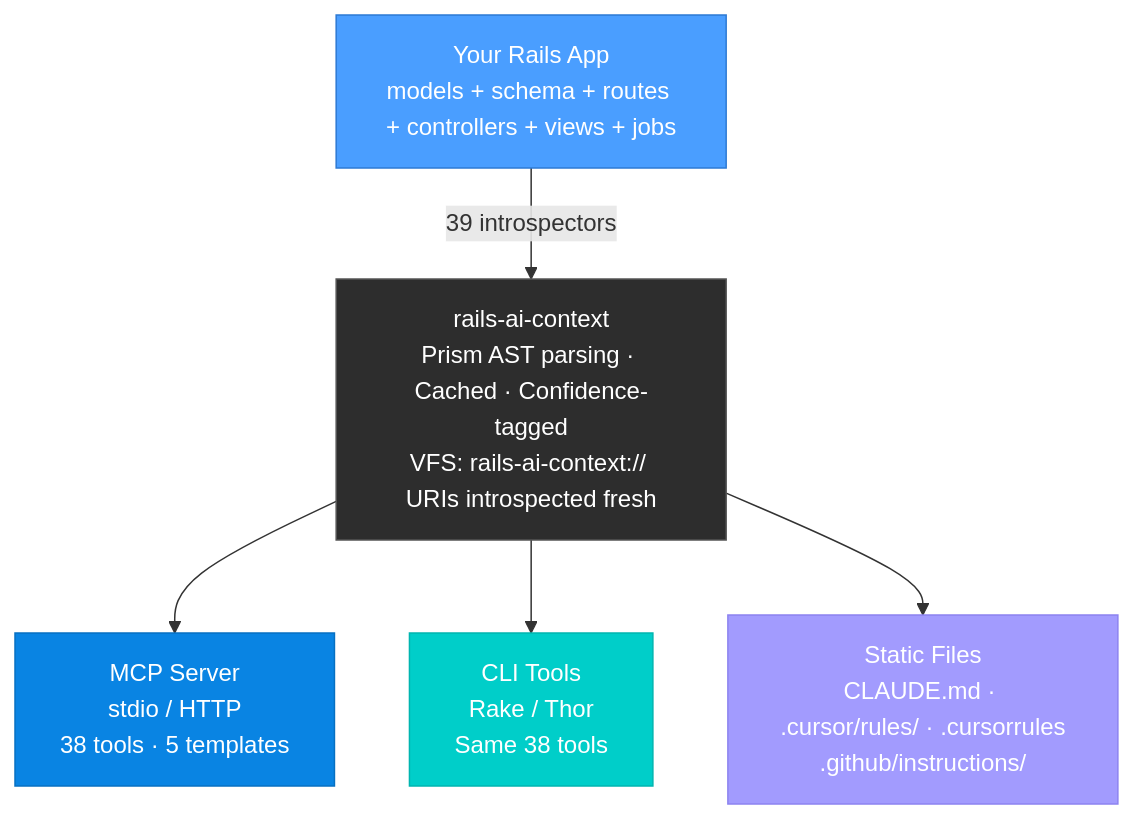
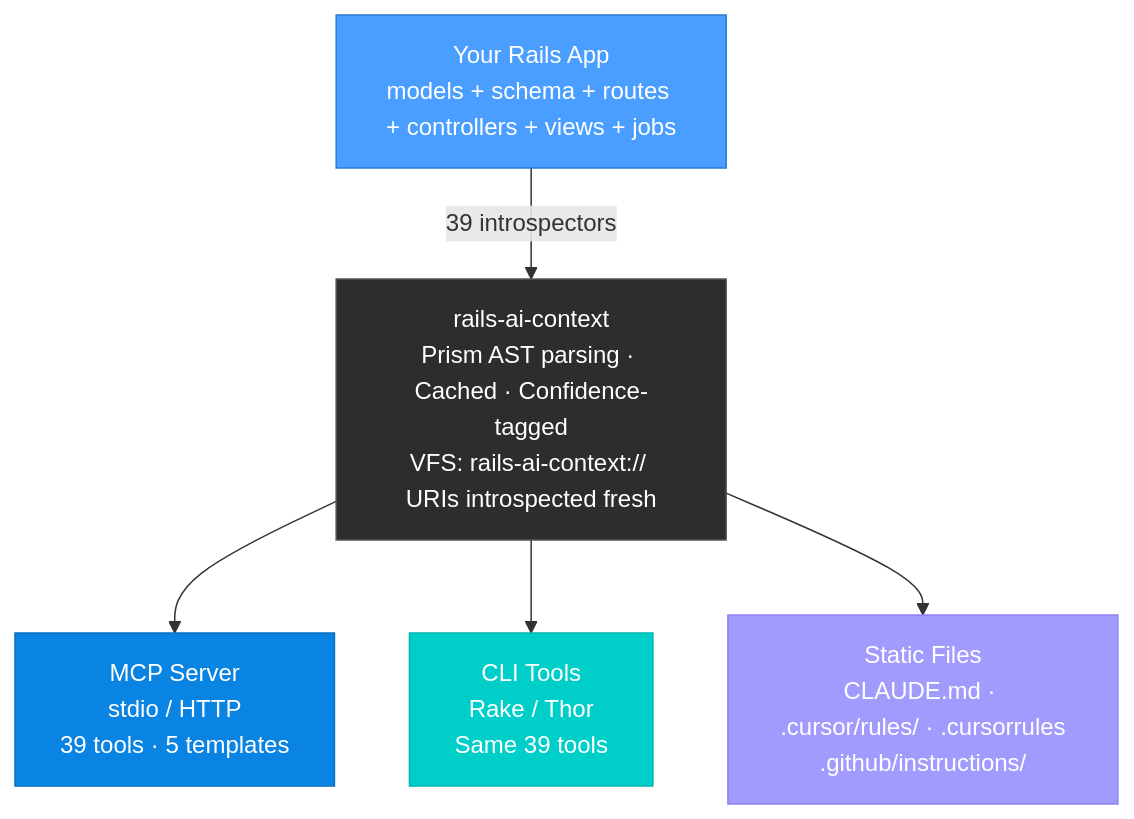
One commit to crisnahine/rails-ai-context changed the diagram in README.md. Above: the diagram before and after it, drawn with Mermaid. The commit also changed other lines of this file and 6 other files, not shown here.

````diff
--- a/README.md
+++ b/README.md
@@ -398,16 +398,16 @@
 ```mermaid
 graph TD
     A["Your Rails App\nmodels + schema + routes + controllers + views + jobs"] -->|"39 introspectors"| B
 
     B["rails-ai-context\nPrism AST parsing · Cached · Confidence-tagged\nVFS: rails-ai-context:// URIs introspected fresh"]
 
-    B --> C["MCP Server\nstdio / HTTP\n38 tools · 5 templates"]
-    B --> D["CLI Tools\nRake / Thor\nSame 38 tools"]
+    B --> C["MCP Server\nstdio / HTTP\n39 tools · 5 templates"]
+    B --> D["CLI Tools\nRake / Thor\nSame 39 tools"]
     B --> E["Static Files\nCLAUDE.md · .cursor/rules/ · .cursorrules\n.github/instructions/"]
 
     style A fill:#4a9eff,stroke:#2d7ad4,color:#fff
     style B fill:#2d2d2d,stroke:#555,color:#fff
     style C fill:#0984e3,stroke:#0770c2,color:#fff
     style D fill:#00cec9,stroke:#00b5b0,color:#fff
     style E fill:#a29bfe,stroke:#8c83f0,color:#fff
 ```
````
